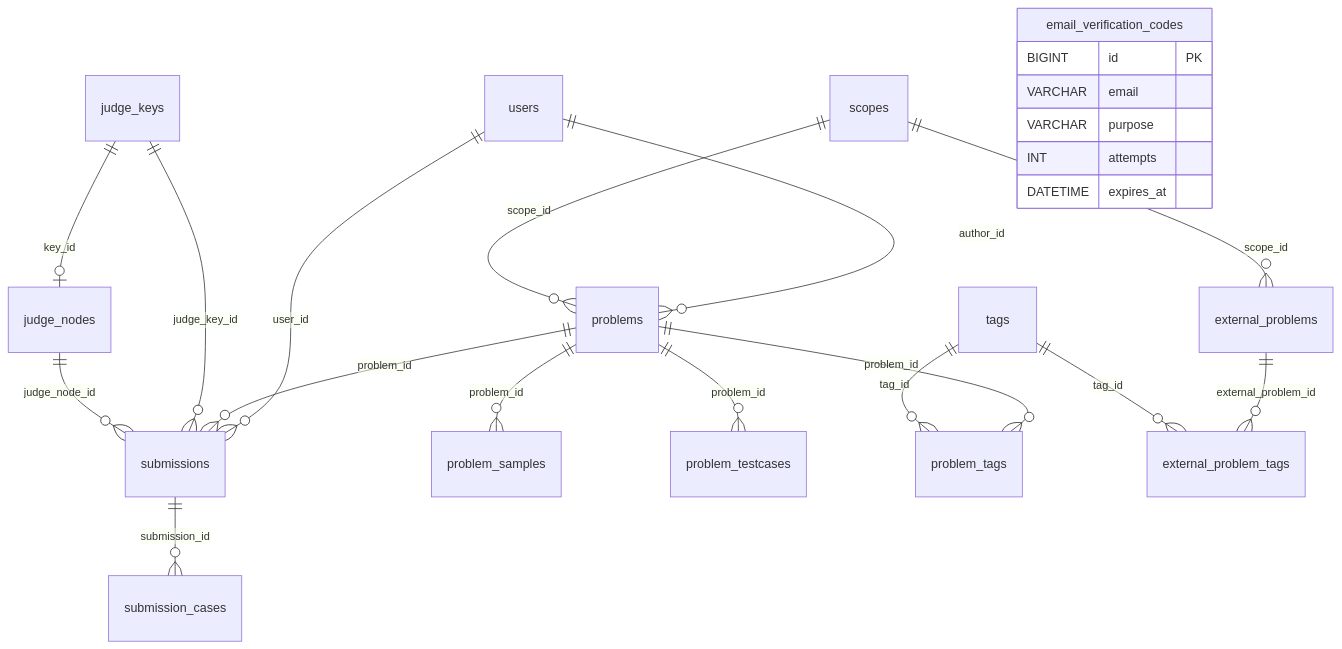
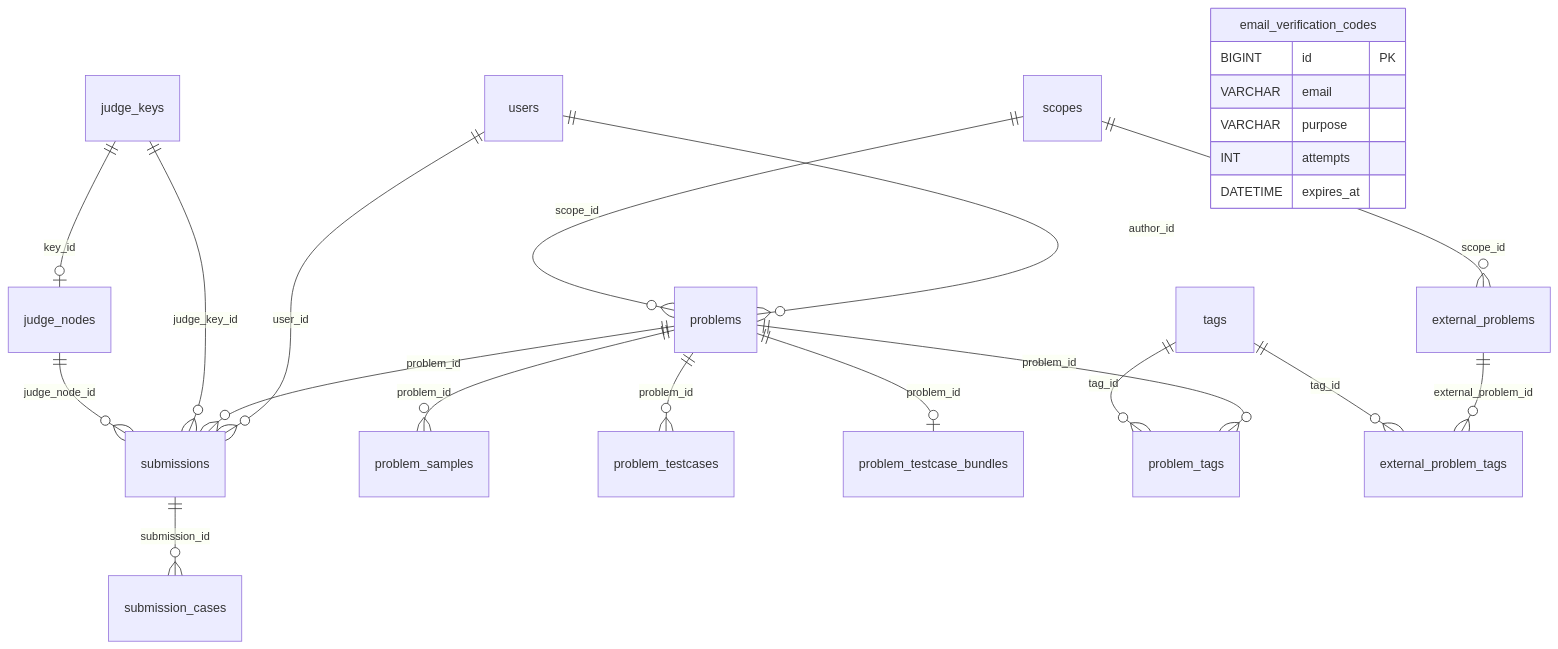
Before and after one commit to yucccxi/iOJ: the diagram in docs/server/02-database.md, drawn with Mermaid. The commit also changed other lines of this file and 3 other files, not shown here.

````diff
--- a/docs/server/02-database.md
+++ b/docs/server/02-database.md
@@ -31,25 +32,26 @@
 ```mermaid
 erDiagram
     users ||--o{ problems : "author_id"
     scopes ||--o{ problems : "scope_id"
     scopes ||--o{ external_problems : "scope_id"
     users ||--o{ submissions : "user_id"
     problems ||--o{ problem_samples : "problem_id"
     problems ||--o{ problem_testcases : "problem_id"
+    problems ||--o| problem_testcase_bundles : "problem_id"
     problems ||--o{ problem_tags : "problem_id"
     tags ||--o{ problem_tags : "tag_id"
     external_problems ||--o{ external_problem_tags : "external_problem_id"
     tags ||--o{ external_problem_tags : "tag_id"
     problems ||--o{ submissions : "problem_id"
     submissions ||--o{ submission_cases : "submission_id"
     judge_keys ||--o| judge_nodes : "key_id"
     judge_keys ||--o{ submissions : "judge_key_id"
     judge_nodes ||--o{ submissions : "judge_node_id"
     email_verification_codes {
         BIGINT id PK
         VARCHAR email
         VARCHAR purpose
         INT attempts
         DATETIME expires_at
     }
 ```
````
